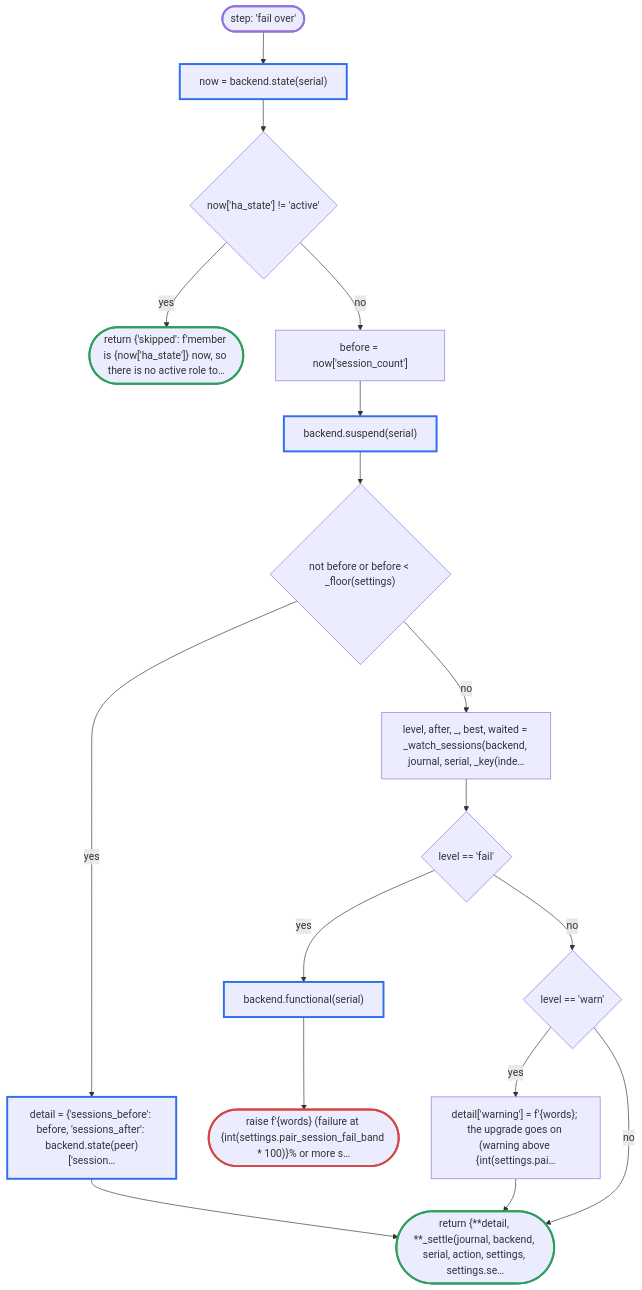
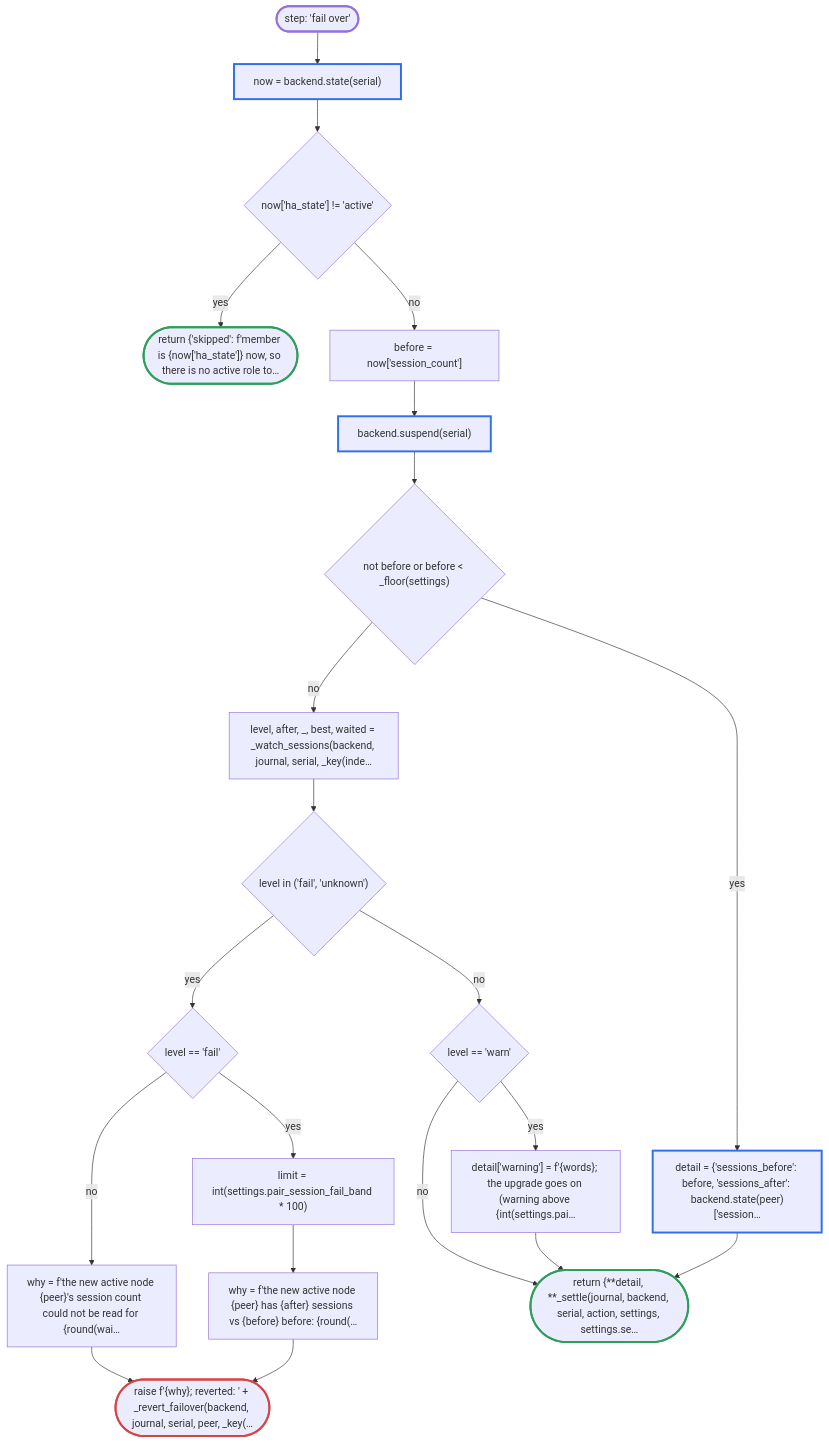
One commit to fettigcj/panUpgrade changed diagram 11 of 22 in docs/flow/upgrade.md. Above: the diagram before and after it, drawn with Mermaid. The commit also changed other lines of this file and 10 other files, not shown here.

First line of the commit message:
Treat an unreadable session count as unknown, and revert a failed fail-over to the old active member

````diff
--- a/docs/flow/upgrade.md
+++ b/docs/flow/upgrade.md
@@ -417,47 +417,53 @@
 ```mermaid
 flowchart TD
     d5_1(["step: 'fail over'"])
     d5_2["now = backend.state(serial)"]
     d5_3{"now['ha_state'] != 'active'"}
     d5_4(["return {'skipped': f'member is {now['ha_state']} now, so there is no active role to…"])
     d5_5["before = now['session_count']"]
     d5_6["backend.suspend(serial)"]
     d5_7{"not before or before &lt; _floor(settings)"}
     d5_8["detail = {'sessions_before': before, 'sessions_after': backend.state(peer)['session…"]
     d5_9["level, after, _, best, waited = _watch_sessions(backend, journal, serial, _key(inde…"]
-    d5_10{"level == 'fail'"}
-    d5_11["backend.functional(serial)"]
-    d5_12(["raise f'{words} (failure at {int(settings.pair_session_fail_band * 100)}% or more s…"])
-    d5_13{"level == 'warn'"}
-    d5_14["detail['warning'] = f'{words}; the upgrade goes on (warning above {int(settings.pai…"]
-    d5_15(["return {**detail, **_settle(journal, backend, serial, action, settings, settings.se…"])
+    d5_10{"level in ('fail', 'unknown')"}
+    d5_11{"level == 'fail'"}
+    d5_12["limit = int(settings.pair_session_fail_band * 100)"]
+    d5_13["why = f'the new active node {peer} has {after} sessions vs {before} before: {round(…"]
+    d5_14["why = f'the new active node {peer}'s session count could not be read for {round(wai…"]
+    d5_15(["raise f'{why}; reverted: ' + _revert_failover(backend, journal, serial, peer, _key(…"])
+    d5_16{"level == 'warn'"}
+    d5_17["detail['warning'] = f'{words}; the upgrade goes on (warning above {int(settings.pai…"]
+    d5_18(["return {**detail, **_settle(journal, backend, serial, action, settings, settings.se…"])
     d5_1 --> d5_2
     d5_2 --> d5_3
     d5_3 -->|yes| d5_4
     d5_3 -->|no| d5_5
     d5_5 --> d5_6
     d5_6 --> d5_7
     d5_7 -->|yes| d5_8
     d5_7 -->|no| d5_9
     d5_9 --> d5_10
     d5_10 -->|yes| d5_11
-    d5_11 --> d5_12
-    d5_10 -->|no| d5_13
-    d5_13 -->|yes| d5_14
-    d5_8 --> d5_15
+    d5_11 -->|yes| d5_12
+    d5_12 --> d5_13
+    d5_11 -->|no| d5_14
+    d5_13 --> d5_15
     d5_14 --> d5_15
-    d5_13 -->|no| d5_15
+    d5_10 -->|no| d5_16
+    d5_16 -->|yes| d5_17
+    d5_8 --> d5_18
+    d5_17 --> d5_18
+    d5_16 -->|no| d5_18
     classDef api stroke:#2f6fed,stroke-width:3px
     classDef refuse stroke:#d64545,stroke-width:3px
     classDef done stroke:#2e9e5b,stroke-width:3px
     classDef step stroke:#e0a020,stroke-width:3px
     classDef entry stroke-width:3px
     class d5_1 entry
     class d5_2 api
     class d5_4 done
     class d5_6 api
     class d5_8 api
-    class d5_11 api
-    class d5_12 refuse
-    class d5_15 done
+    class d5_15 refuse
+    class d5_18 done
 ```
````
